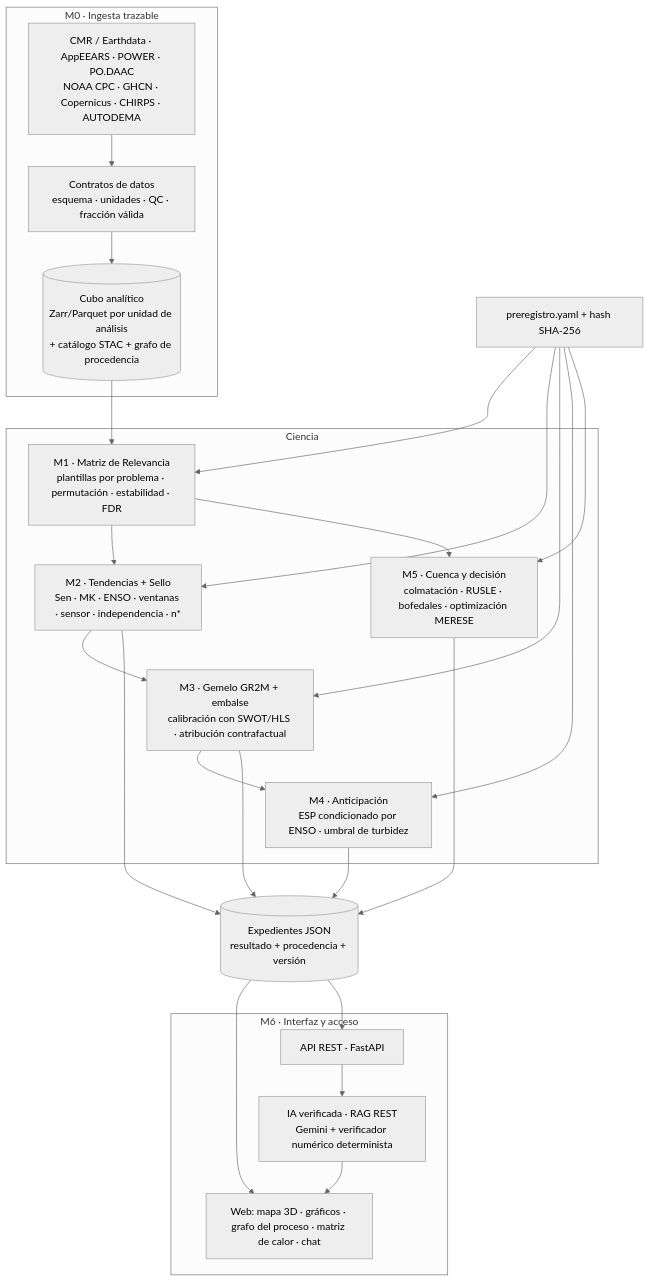
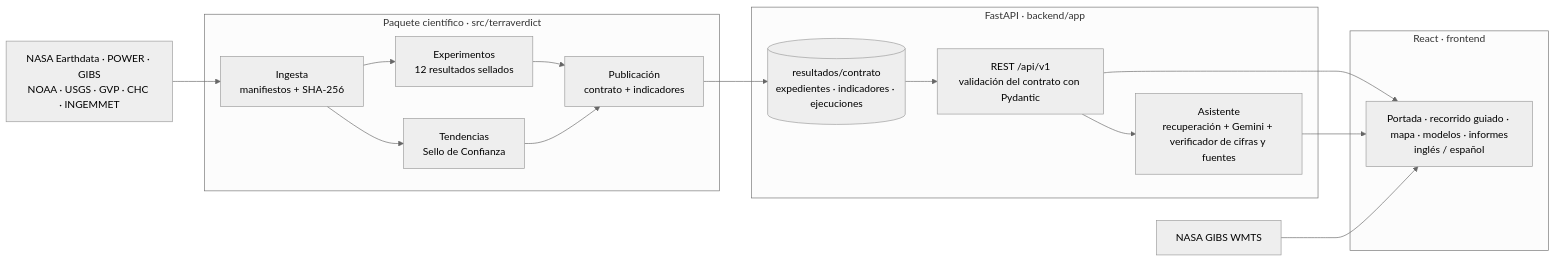
One commit to OwerLopez/terraverdict changed the diagram in readme.es.md. Above: the diagram before and after it, drawn with Mermaid (neutral theme). The commit also changed other lines of this file and 14 other files, not shown here.

First line of the commit message:
README senior en inglés y español con capturas nuevas del despliegue

````diff
--- a/readme.es.md
+++ b/readme.es.md
@@ -150,26 +206,20 @@
 ```mermaid
-flowchart TB
-    subgraph M0["M0 · Ingesta trazable"]
-        SRC[CMR / Earthdata · AppEEARS · POWER · PO.DAAC<br/>NOAA CPC · GHCN · Copernicus · CHIRPS · AUTODEMA]
-        SRC --> CT[Contratos de datos<br/>esquema · unidades · QC · fracción válida]
-        CT --> CUBE[(Cubo analítico<br/>Zarr/Parquet por unidad de análisis<br/>+ catálogo STAC + grafo de procedencia)]
+flowchart LR
+    SRC[NASA Earthdata · POWER · GIBS<br/>NOAA · USGS · GVP · CHC · INGEMMET] --> ING
+    subgraph Ciencia["Paquete científico · src/terraverdict"]
+        ING[Ingesta<br/>manifiestos + SHA-256] --> EXP[Experimentos<br/>12 resultados sellados]
+        ING --> TR[Tendencias<br/>Sello de Confianza]
+        EXP & TR --> PUB[Publicación<br/>contrato + indicadores]
     end
-    subgraph Ciencia
-        M1[M1 · Matriz de Relevancia<br/>plantillas por problema · permutación · estabilidad · FDR]
-        M2[M2 · Tendencias + Sello<br/>Sen · MK · ENSO · ventanas · sensor · independencia · n*]
-        M3[M3 · Gemelo GR2M + embalse<br/>calibración con SWOT/HLS · atribución contrafactual]
-        M4[M4 · Anticipación<br/>ESP condicionado por ENSO · umbral de turbidez]
-        M5[M5 · Cuenca y decisión<br/>colmatación · RUSLE · bofedales · optimización MERESE]
+    PUB --> K[(resultados/contrato<br/>expedientes · indicadores · ejecuciones)]
+    subgraph Servicio["FastAPI · backend/app"]
+        K --> API[REST /api/v1<br/>validación del contrato con Pydantic]
+        API --> AST[Asistente<br/>recuperación + Gemini + verificador de cifras y fuentes]
     end
-    PRE[preregistro.yaml + hash SHA-256] --> M1 & M2 & M3 & M4 & M5
-    CUBE --> M1 --> M2 --> M3 --> M4
-    M1 --> M5
-    M2 & M3 & M4 & M5 --> EXP[(Expedientes JSON<br/>resultado + procedencia + versión)]
-    subgraph M6["M6 · Interfaz y acceso"]
-        UI[Web: mapa 3D · gráficos · grafo del proceso · matriz de calor · chat]
-        API[API REST · FastAPI]
-        IA[IA verificada · RAG REST<br/>Gemini + verificador numérico determinista]
+    subgraph Cliente["React · frontend"]
+        UI[Portada · recorrido guiado · mapa · modelos · informes<br/>inglés / español]
     end
-    EXP --> UI & API
-    API --> IA --> UI
+    API --> UI
+    AST --> UI
+    GIBS[NASA GIBS WMTS] --> UI
 ```
````
